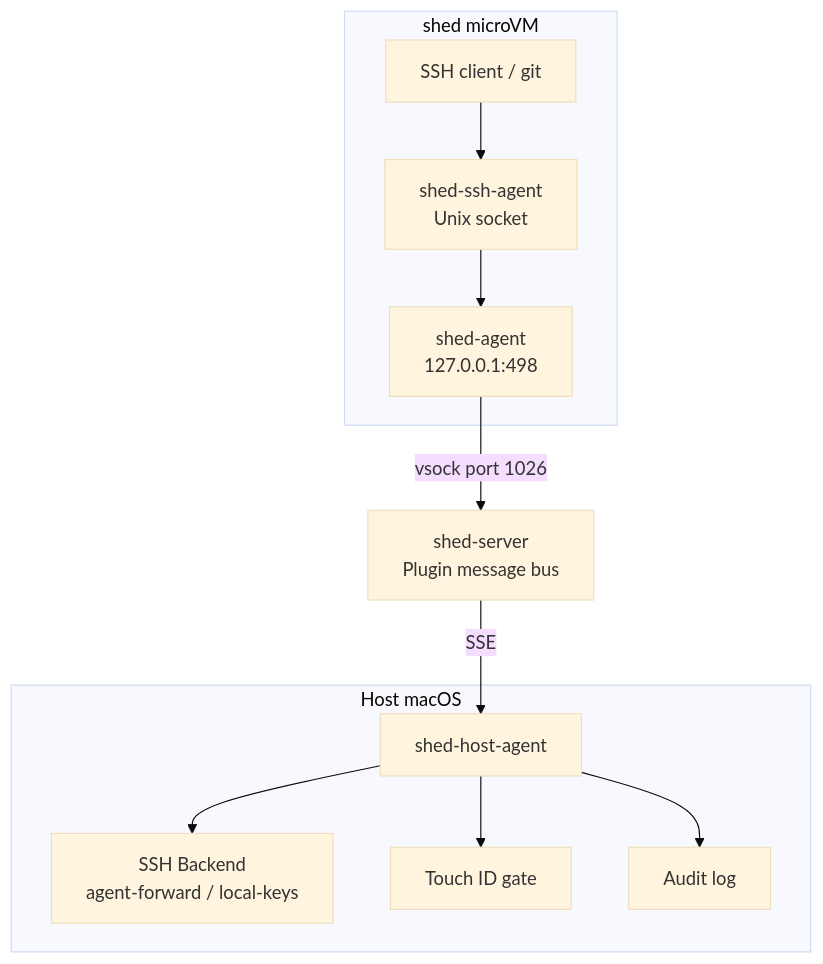
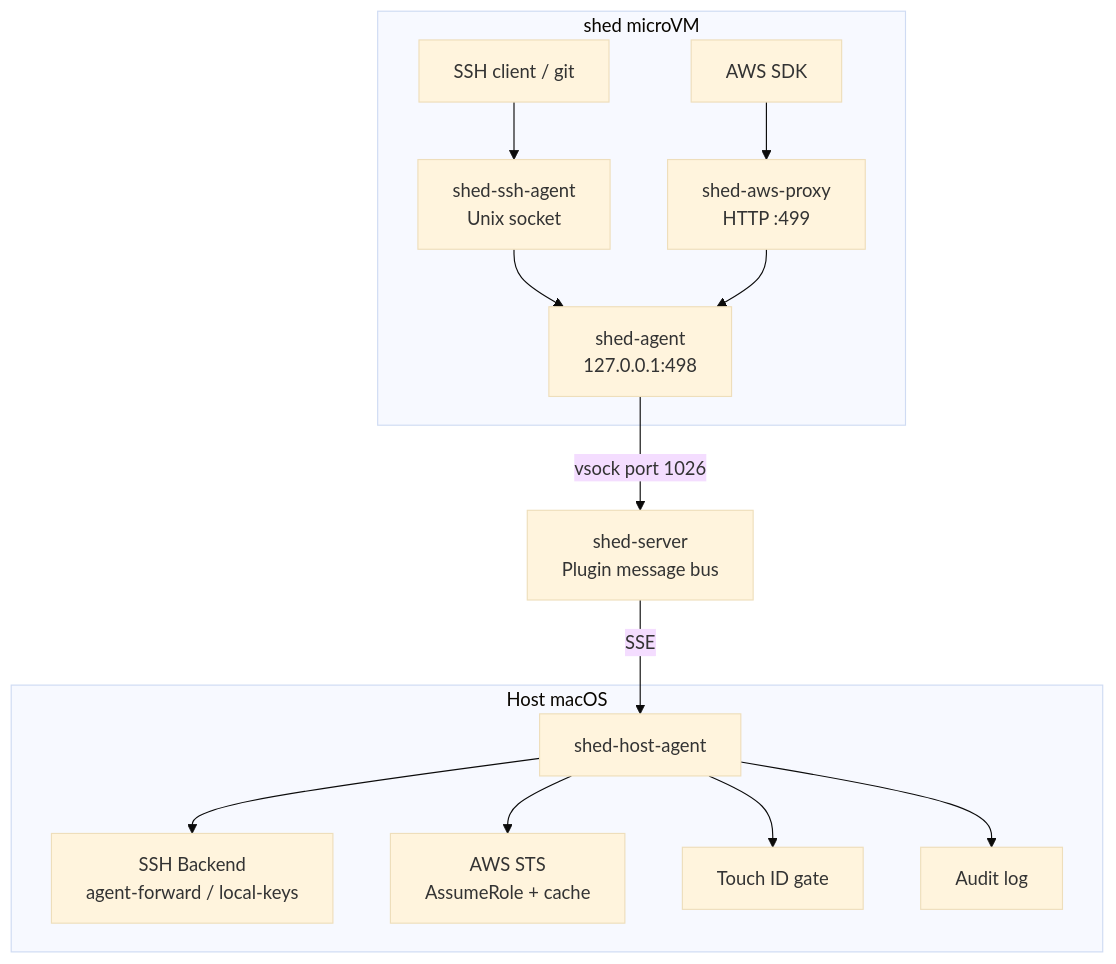
One commit to charliek/shed-extensions changed the first of 3 diagrams in docs/development/architecture.md. Above: the diagram before and after it, drawn with Mermaid (base theme). The commit also changed other lines of this file and 24 other files, not shown here.

````diff
--- a/docs/development/architecture.md
+++ b/docs/development/architecture.md
@@ -5,14 +5,17 @@
 ```mermaid
 graph TB
     subgraph "shed microVM"
         SSH[SSH client / git] --> SSA[shed-ssh-agent<br/>Unix socket]
+        AWS[AWS SDK] --> AWP[shed-aws-proxy<br/>HTTP :499]
         SSA --> BUS[shed-agent<br/>127.0.0.1:498]
+        AWP --> BUS
     end
     BUS -->|vsock port 1026| SRV[shed-server<br/>Plugin message bus]
     SRV -->|SSE| HA[shed-host-agent]
     subgraph "Host macOS"
         HA --> BE[SSH Backend<br/>agent-forward / local-keys]
+        HA --> STS[AWS STS<br/>AssumeRole + cache]
         HA --> TID[Touch ID gate]
         HA --> AL[Audit log]
     end
 ```
````
